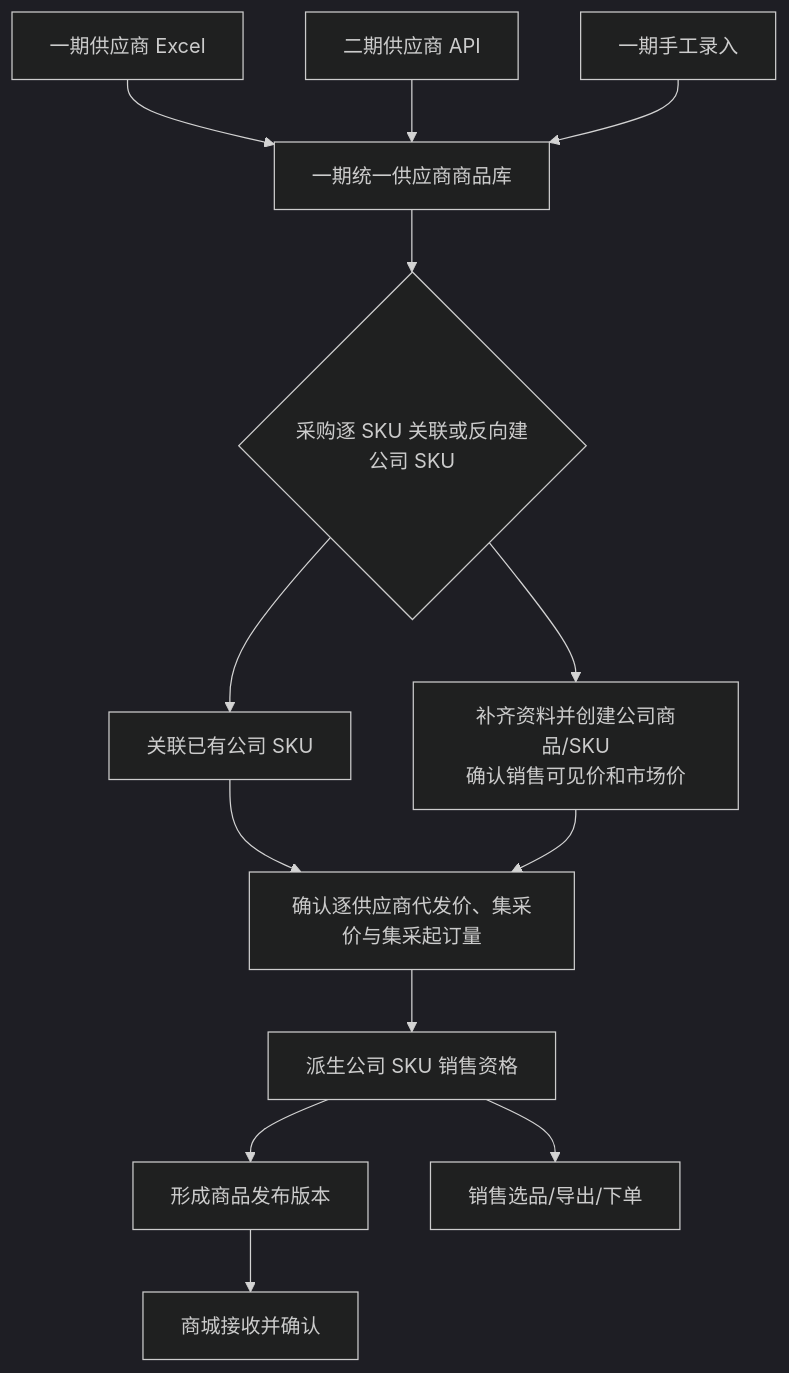
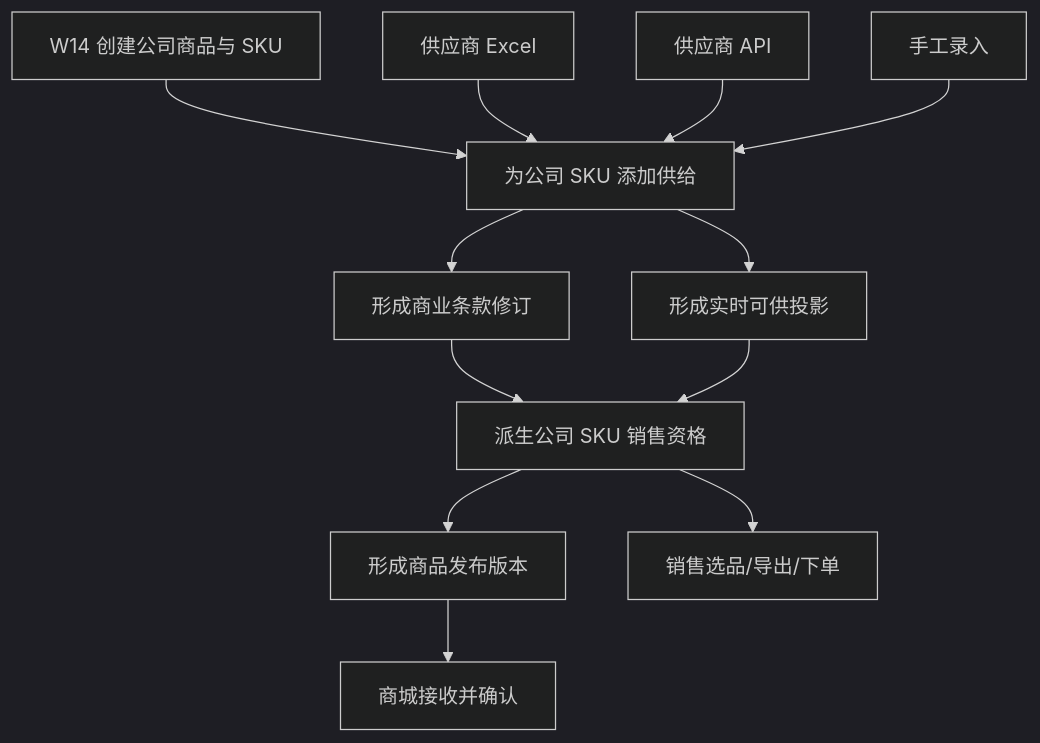
One commit to mztlive/erp changed the second of 5 diagrams in docs/erp-phase-2.md. Above: the diagram before and after it, drawn with Mermaid (dark theme). The commit also changed other lines of this file and 114 other files, not shown here.

````diff
--- a/docs/erp-phase-2.md
+++ b/docs/erp-phase-2.md
@@ -294,28 +293,26 @@
 ```mermaid
 flowchart TD
-  Excel[一期供应商 Excel]
-  Api[二期供应商 API]
-  Manual[一期手工录入]
-  Catalog[一期统一供应商商品库]
-  Review{采购逐 SKU 关联或反向建公司 SKU}
-  Existing[关联已有公司 SKU]
-  New[补齐资料并创建公司商品/SKU\n确认销售可见价和市场价]
-  Supply[确认逐供应商代发价、集采价与集采起订量]
+  Product[W14 创建公司商品与 SKU]
+  Excel[供应商 Excel]
+  Api[供应商 API]
+  Manual[手工录入]
+  Supply[为公司 SKU 添加供给]
+  Terms[形成商业条款修订]
+  Availability[形成实时可供投影]
   Eligible[派生公司 SKU 销售资格]
   Publish[形成商品发布版本]
   Sales[销售选品/导出/下单]
   Mall[商城接收并确认]
 
-  Excel --> Catalog
-  Api --> Catalog
-  Manual --> Catalog
-  Catalog --> Review
-  Review --> Existing
-  Review --> New
-  Existing --> Supply
-  New --> Supply
-  Supply --> Eligible
+  Product --> Supply
+  Excel --> Supply
+  Api --> Supply
+  Manual --> Supply
+  Supply --> Terms
+  Supply --> Availability
+  Terms --> Eligible
+  Availability --> Eligible
   Eligible --> Sales
   Eligible --> Publish
   Publish --> Mall
 ```
````
